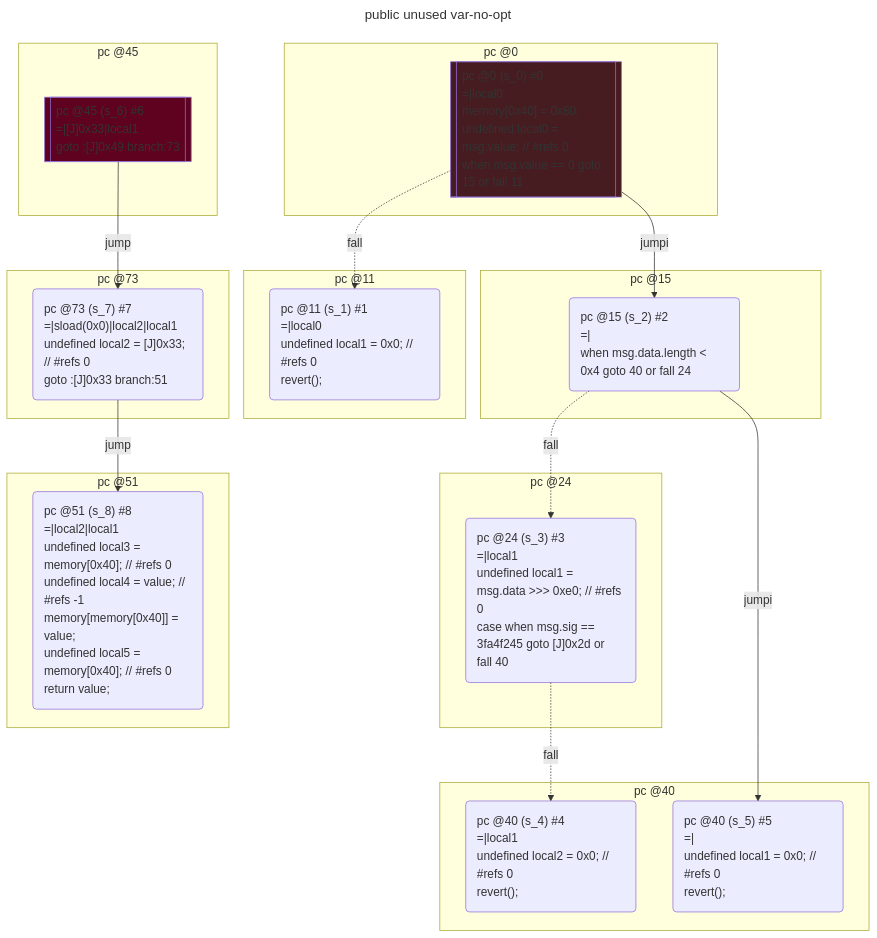
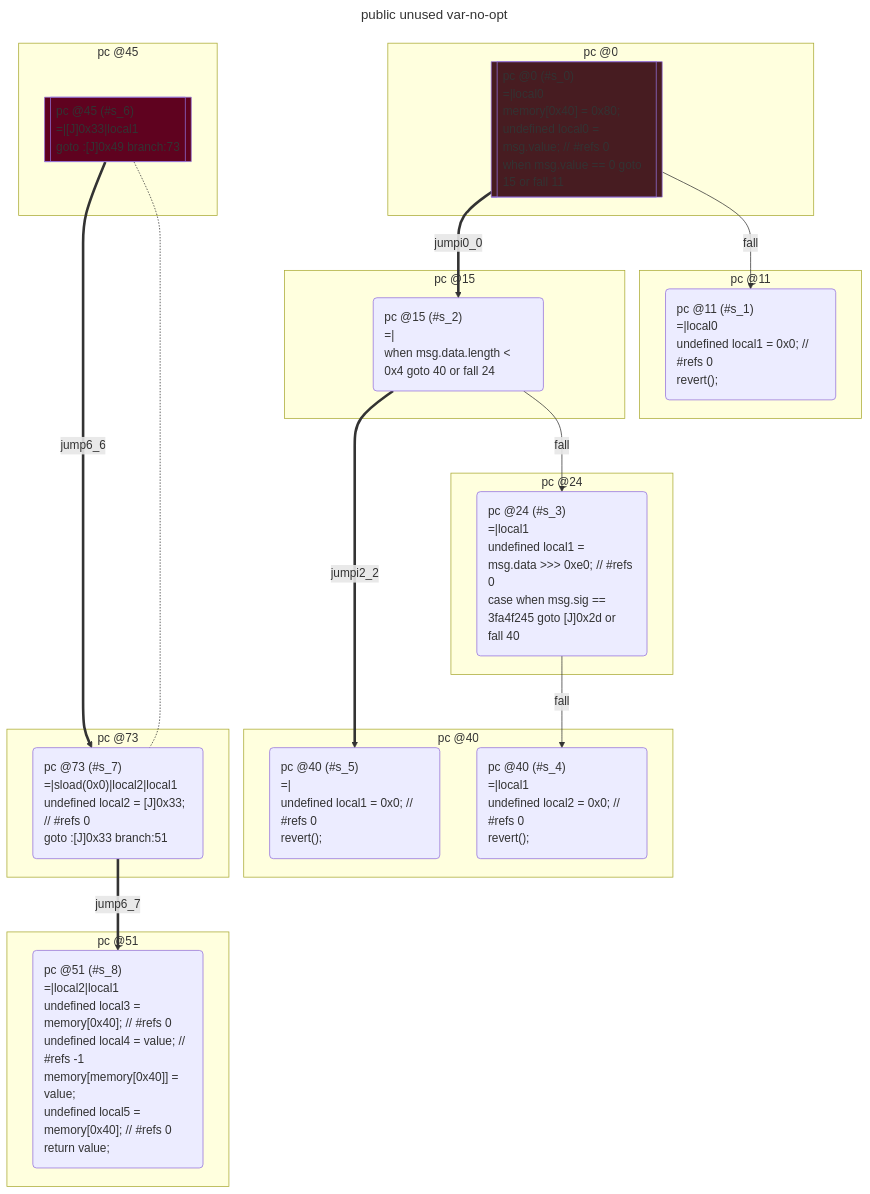
One commit to acuarica/evm changed the first of 2 diagrams in test/__snapshots__/contracts/variables/public-unused-var.snap.md. Above: the diagram before and after it, drawn with Mermaid. The commit also changed other lines of this file and 25 other files, not shown here.

````diff
--- a/test/__snapshots__/contracts/variables/public-unused-var.snap.md
+++ b/test/__snapshots__/contracts/variables/public-unused-var.snap.md
@@ -68,7 +68,7 @@
 flowchart TD
   classDef state text-align:left
   subgraph cluster_0 ["pc @0"]
-    s_0[["pc @0 (s_0) #0
+    s_0[["pc @0 (#s_0)
 =|local0
 memory[0x40] = 0x80;
 undefined local0 = msg.value; // #refs 0
@@ -78,7 +78,7 @@
     style s_0 fill:#471C21
   end
   subgraph cluster_11 ["pc @11"]
-    s_1("pc @11 (s_1) #1
+    s_1("pc @11 (#s_1)
 =|local0
 undefined local1 = 0x0; // #refs 0
 revert();
@@ -86,14 +86,14 @@
     class s_1 state
   end
   subgraph cluster_15 ["pc @15"]
-    s_2("pc @15 (s_2) #2
+    s_2("pc @15 (#s_2)
 =|
 when msg.data.length < 0x4 goto 40 or fall 24
 ")
     class s_2 state
   end
   subgraph cluster_24 ["pc @24"]
-    s_3("pc @24 (s_3) #3
+    s_3("pc @24 (#s_3)
 =|local1
 undefined local1 = msg.data >>> 0xe0; // #refs 0
 case when msg.sig == 3fa4f245 goto [J]0x2d or fall 40
@@ -101,13 +101,13 @@
     class s_3 state
   end
   subgraph cluster_40 ["pc @40"]
-    s_4("pc @40 (s_4) #4
+    s_4("pc @40 (#s_4)
 =|local1
 undefined local2 = 0x0; // #refs 0
 revert();
 ")
     class s_4 state
-    s_5("pc @40 (s_5) #5
+    s_5("pc @40 (#s_5)
 =|
 undefined local1 = 0x0; // #refs 0
 revert();
@@ -115,7 +115,7 @@
     class s_5 state
   end
   subgraph cluster_45 ["pc @45"]
-    s_6[["pc @45 (s_6) #6
+    s_6[["pc @45 (#s_6)
 =|[J]0x33|local1
 goto :[J]0x49 branch:73
 "]]
@@ -123,7 +123,7 @@
     style s_6 fill:#5F021F
   end
   subgraph cluster_73 ["pc @73"]
-    s_7("pc @73 (s_7) #7
+    s_7("pc @73 (#s_7)
 =|sload(0x0)|local2|local1
 undefined local2 = [J]0x33; // #refs 0
 goto :[J]0x33 branch:51
@@ -131,7 +131,7 @@
     class s_7 state
   end
   subgraph cluster_51 ["pc @51"]
-    s_8("pc @51 (s_8) #8
+    s_8("pc @51 (#s_8)
 =|local2|local1
 undefined local3 = memory[0x40]; // #refs 0
 undefined local4 = value; // #refs -1
@@ -141,12 +141,13 @@
 ")
     class s_8 state
   end
-  s_0 -- jumpi --> s_2;
-  s_0 -. fall .-> s_1;
-  s_2 -- jumpi --> s_5;
-  s_2 -. fall .-> s_3;
-  s_3 -. fall .-> s_4;
-  s_6 -- jump --> s_7;
-  s_7 -- jump --> s_8;
+  s_0 == jumpi0_0 ==> s_2;
+  s_0 -- fall --> s_1;
+  s_2 == jumpi2_2 ==> s_5;
+  s_2 -- fall --> s_3;
+  s_3 -- fall --> s_4;
+  s_6 == jump6_6 ==> s_7;
+  s_7 == jump6_7 ==> s_8;
+  s_6 -...- s_7;
 
 ```
````
